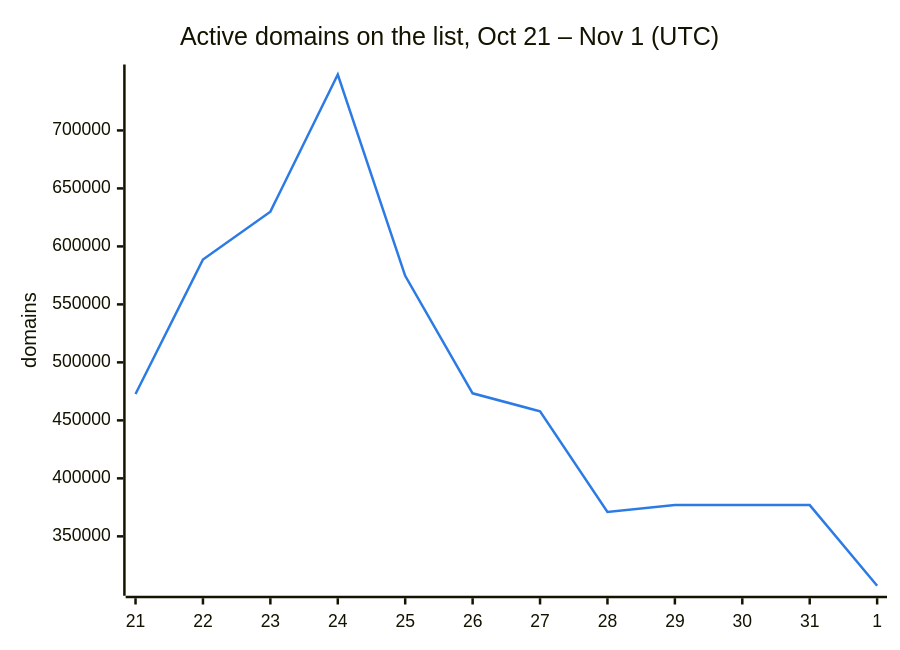
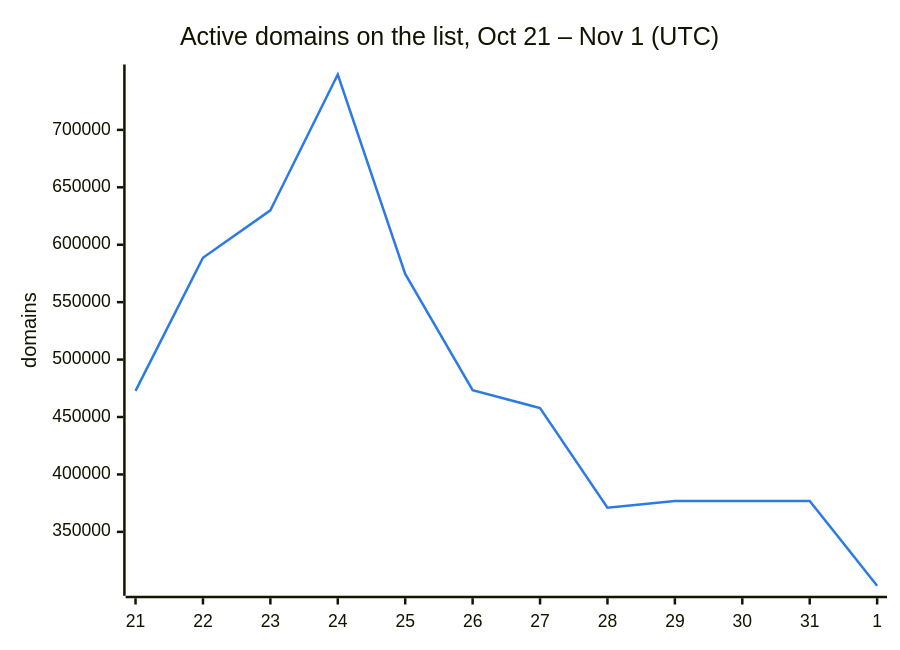
The second of 3 diagrams in README.md (DNSBunker/CTI), drawn with Mermaid before and after one commit. The commit also changed other lines of this file and 3 other files, not shown here.

````diff
--- a/README.md
+++ b/README.md
@@ -38,8 +38,8 @@
 ```mermaid
 %%{init: {"themeVariables": {"xyChart": {"plotColorPalette": "#2c7be5"}}}}%%
 xychart-beta
     title "Active domains on the list, Oct 21 – Nov 1 (UTC)"
     x-axis ["21", "22", "23", "24", "25", "26", "27", "28", "29", "30", "31", "1"]
     y-axis "domains"
-    line [472713, 588659, 629951, 748222, 574614, 473331, 457795, 371010, 376945, 376945, 376945, 307397]
+    line [472713, 588659, 629951, 748222, 574614, 473331, 457795, 371010, 376945, 376945, 376945, 303080]
 ```
````
